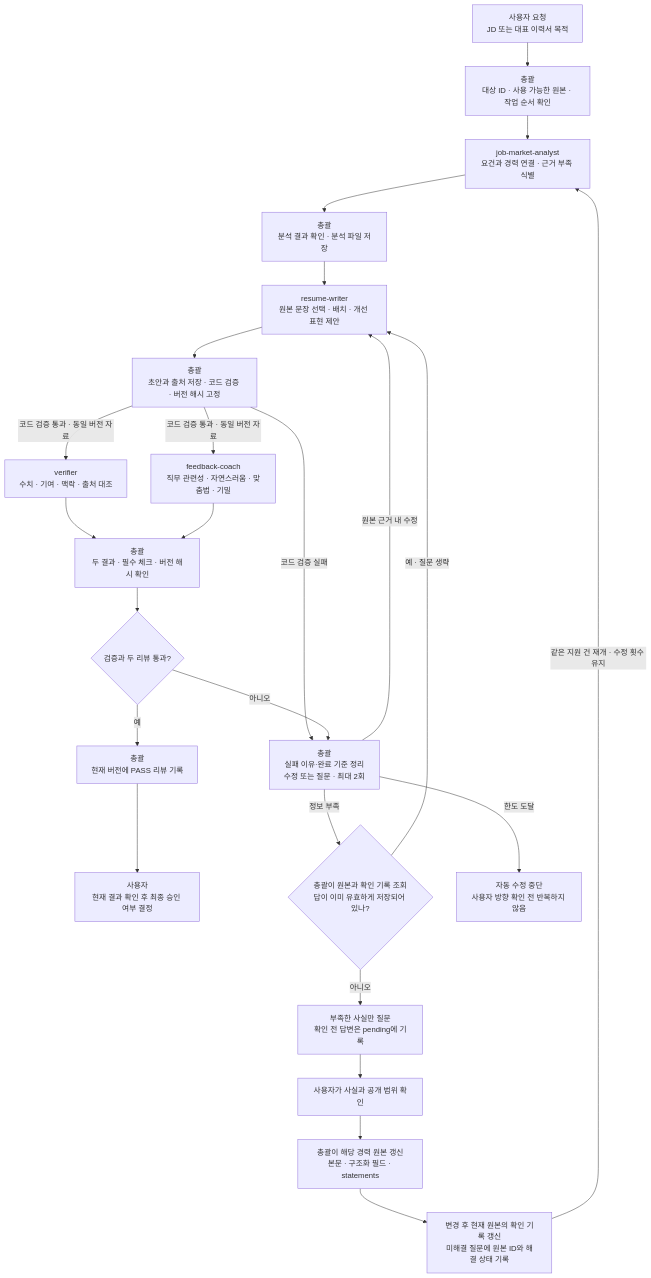
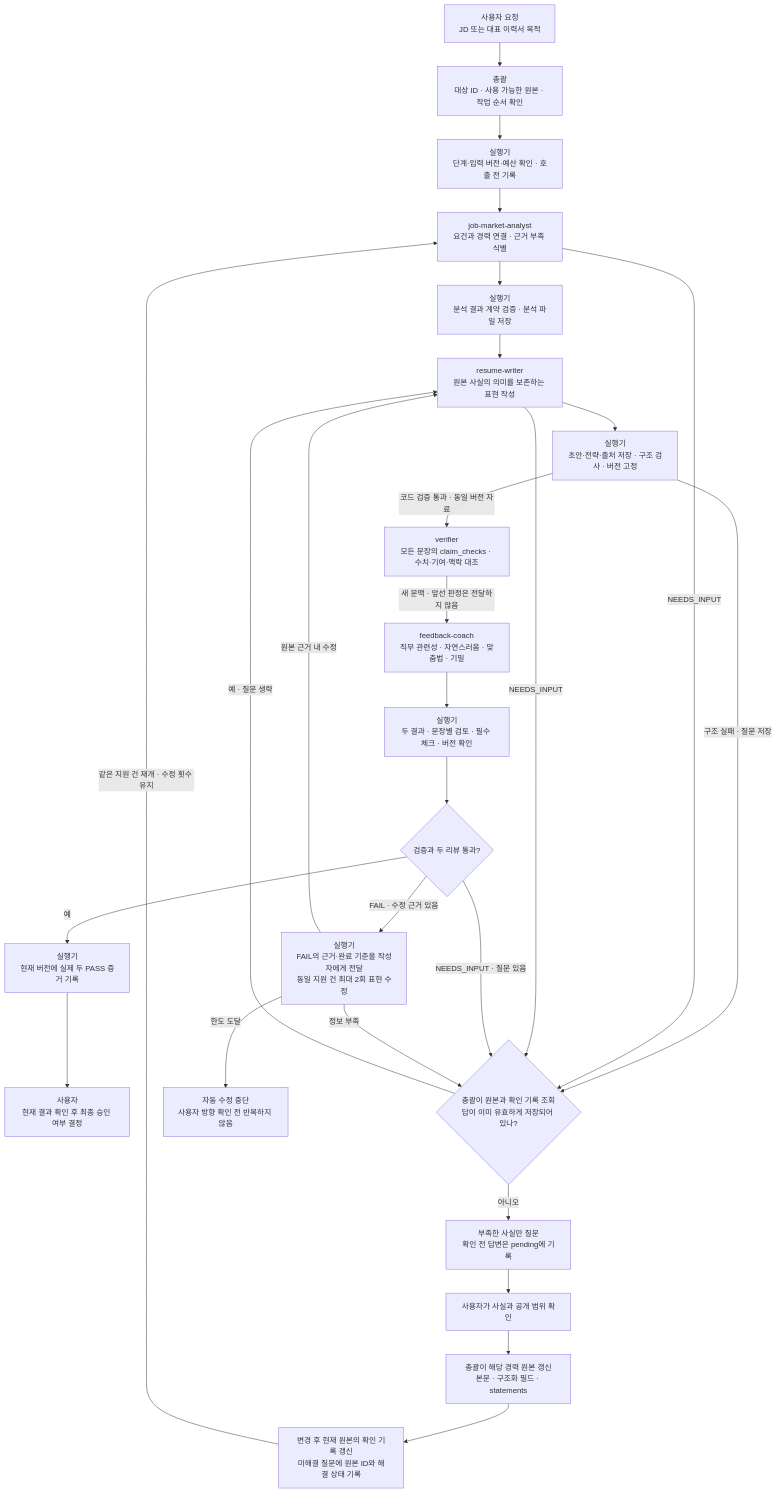
The third of 6 diagrams in docs/WORKFLOW.md (doveloper17/career-hub), drawn with Mermaid before and after one commit. The commit also changed other lines of this file and 78 other files, not shown here.

````diff
--- a/docs/WORKFLOW.md
+++ b/docs/WORKFLOW.md
@@ -50,35 +94,38 @@
 ```mermaid
 flowchart TD
     request["사용자 요청<br/>JD 또는 대표 이력서 목적"]
     start["총괄<br/>대상 ID · 사용 가능한 원본 · 작업 순서 확인"]
     analyst["job-market-analyst<br/>요건과 경력 연결 · 근거 부족 식별"]
-    analysis["총괄<br/>분석 결과 확인 · 분석 파일 저장"]
-    writer["resume-writer<br/>원본 문장 선택 · 배치 · 개선 표현 제안"]
-    save["총괄<br/>초안과 출처 저장 · 코드 검증 · 버전 해시 고정"]
-    verifier["verifier<br/>수치 · 기여 · 맥락 · 출처 대조"]
+    runner["실행기<br/>단계·입력 버전·예산 확인 · 호출 전 기록"]
+    analysis["실행기<br/>분석 결과 계약 검증 · 분석 파일 저장"]
+    writer["resume-writer<br/>원본 사실의 의미를 보존하는 표현 작성"]
+    save["실행기<br/>초안·전략·출처 저장 · 구조 검사 · 버전 고정"]
+    verifier["verifier<br/>모든 문장의 claim_checks · 수치·기여·맥락 대조"]
     coach["feedback-coach<br/>직무 관련성 · 자연스러움 · 맞춤법 · 기밀"]
-    merge["총괄<br/>두 결과 · 필수 체크 · 버전 해시 확인"]
+    merge["실행기<br/>두 결과 · 문장별 검토 · 필수 체크 · 버전 확인"]
     result{"검증과 두 리뷰 통과?"}
-    revise["총괄<br/>실패 이유·완료 기준 정리<br/>수정 또는 질문 · 최대 2회"]
-    record["총괄<br/>현재 버전에 PASS 리뷰 기록"]
+    revise["실행기<br/>FAIL의 근거·완료 기준을 작성자에게 전달<br/>동일 지원 건 최대 2회 표현 수정"]
+    record["실행기<br/>현재 버전에 실제 두 PASS 증거 기록"]
     human["사용자<br/>현재 결과 확인 후 최종 승인 여부 결정"]
 
-    request --> start --> analyst --> analysis --> writer --> save
+    request --> start --> runner --> analyst --> analysis --> writer --> save
     save -- "코드 검증 통과 · 동일 버전 자료" --> verifier
-    save -- "코드 검증 통과 · 동일 버전 자료" --> coach
-    save -- "코드 검증 실패" --> revise
-    verifier --> merge
+    verifier -- "새 문맥 · 앞선 판정은 전달하지 않음" --> coach
+    save -- "구조 실패 · 질문 저장" --> lookup
+    analyst -- "NEEDS_INPUT" --> lookup
+    writer -- "NEEDS_INPUT" --> lookup
     coach --> merge
     merge --> result
-    result -- "아니오" --> revise
+    result -- "FAIL · 수정 근거 있음" --> revise
+    result -- "NEEDS_INPUT · 질문 있음" --> lookup
     revise -- "원본 근거 내 수정" --> writer
     revise -- "정보 부족" --> lookup{"총괄이 원본과 확인 기록 조회<br/>답이 이미 유효하게 저장되어 있나?"}
     lookup -- "예 · 질문 생략" --> writer
     lookup -- "아니오" --> question["부족한 사실만 질문<br/>확인 전 답변은 pending에 기록"]
     question --> answer["사용자가 사실과 공개 범위 확인"]
     answer --> persist["총괄이 해당 경력 원본 갱신<br/>본문 · 구조화 필드 · statements"]
     persist --> sourceConfirm["변경 후 현재 원본의 확인 기록 갱신<br/>미해결 질문에 원본 ID와 해결 상태 기록"]
     sourceConfirm -- "같은 지원 건 재개 · 수정 횟수 유지" --> analyst
     revise -- "한도 도달" --> stop["자동 수정 중단<br/>사용자 방향 확인 전 반복하지 않음"]
     result -- "예" --> record --> human
 ```
````
